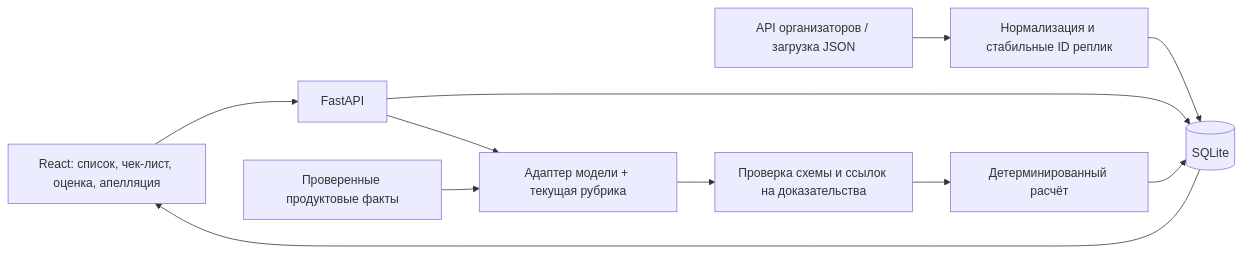
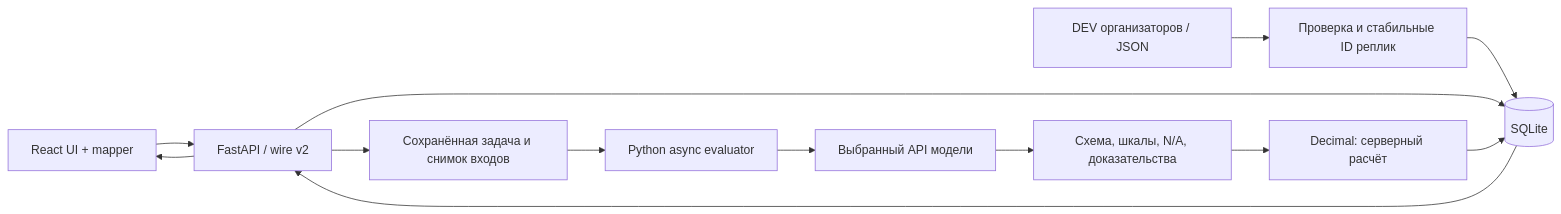
Before and after one commit to CurtisEllese/cqa-evidence: the diagram in docs/architecture.md, drawn with Mermaid. The commit also changed other lines of this file and 71 other files, not shown here.

````diff
--- a/docs/architecture.md
+++ b/docs/architecture.md
@@ -9,13 +5,15 @@
 ```mermaid
 flowchart LR
-  UI[React: список, чек-лист, оценка, апелляция] --> API[FastAPI]
-  DEV[API организаторов / загрузка JSON] --> INGEST[Нормализация и стабильные ID реплик]
+  UI[React UI + mapper] --> API[FastAPI / wire v2]
+  DEV[DEV организаторов / JSON] --> INGEST[Проверка и стабильные ID реплик]
   INGEST --> DB[(SQLite)]
   API --> DB
-  API --> JUDGE[Адаптер модели + текущая рубрика]
-  KB[Проверенные продуктовые факты] --> JUDGE
-  JUDGE --> VALID[Проверка схемы и ссылок на доказательства]
-  VALID --> SCORE[Детерминированный расчёт]
+  API --> JOB[Сохранённая задача и снимок входов]
+  JOB --> ADAPTER[Python async evaluator]
+  ADAPTER --> PROVIDER[Выбранный API модели]
+  PROVIDER --> VALID[Схема, шкалы, N/A, доказательства]
+  VALID --> SCORE[Decimal: серверный расчёт]
   SCORE --> DB
-  DB --> UI
+  DB --> API
+  API --> UI
 ```
````
